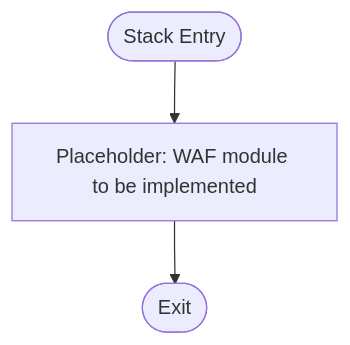
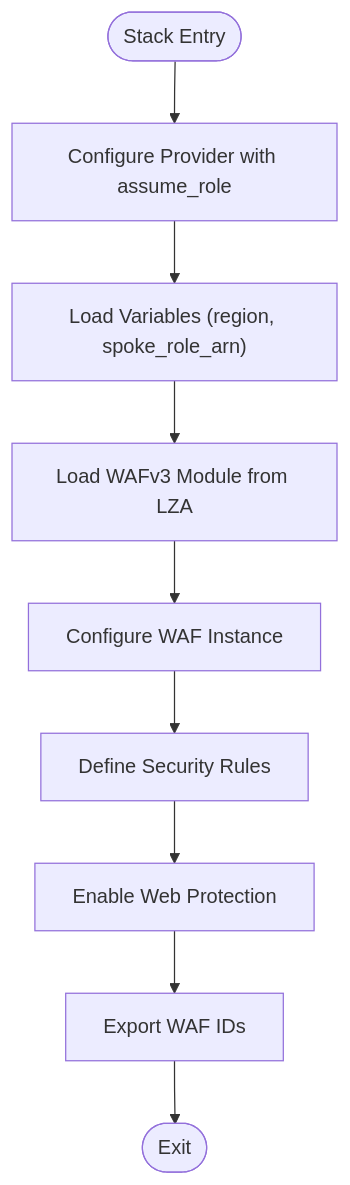
Before and after one commit to AlibabaCloudLandingZone/alibabacloud-landingzone-accelerator-github-demo: diagram 11 of 12 in .qoder/repowiki/en/content/Stack Architecture/Stack Architecture.md, drawn with Mermaid. The commit also changed other lines of this file and 104 other files, not shown here.

````diff
--- a/.qoder/repowiki/en/content/Stack Architecture/Stack Architecture.md
+++ b/.qoder/repowiki/en/content/Stack Architecture/Stack Architecture.md
@@ -293,5 +405,11 @@
 ```mermaid
 flowchart TD
-Start(["Stack Entry"]) --> Placeholder["Placeholder: WAF module to be implemented"]
-Placeholder --> End(["Exit"])
+Start(["Stack Entry"]) --> Provider["Configure Provider with assume_role"]
+Provider --> Variables["Load Variables (region, spoke_role_arn)"]
+Variables --> Module["Load WAFv3 Module from LZA"]
+Module --> WAF["Configure WAF Instance"]
+WAF --> Rules["Define Security Rules"]
+Rules --> Protection["Enable Web Protection"]
+Protection --> Outputs["Export WAF IDs"]
+Outputs --> End(["Exit"])
 ```
````
